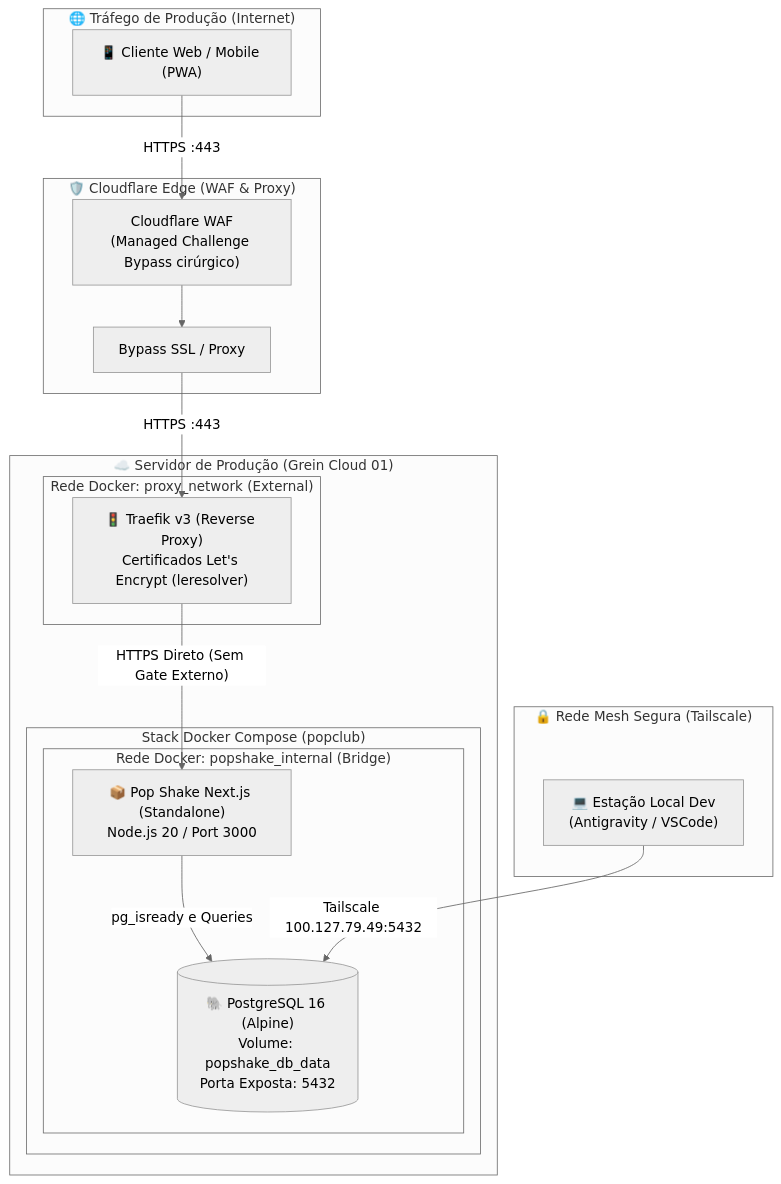
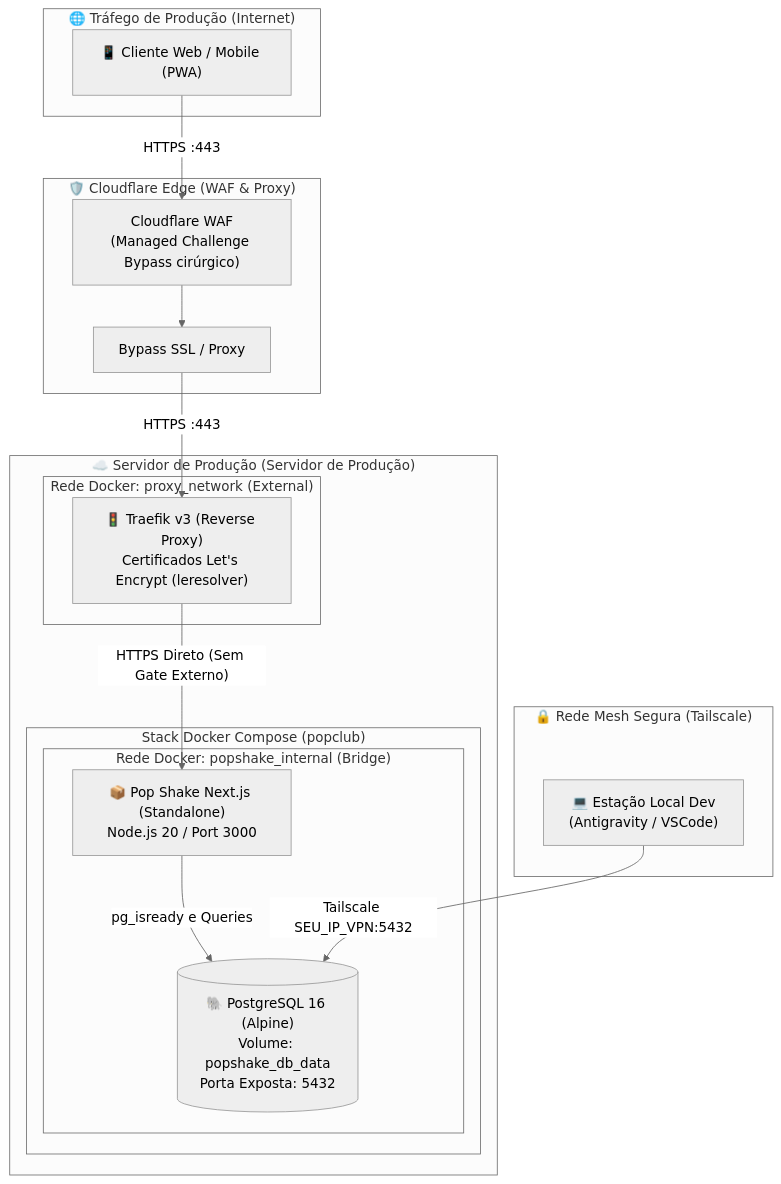
One commit to WiltonGabriel/PopClub changed the first of 4 diagrams in docs/ARCHITECTURE.md. Above: the diagram before and after it, drawn with Mermaid (neutral theme). The commit also changed other lines of this file and 57 other files, not shown here.

````diff
--- a/docs/ARCHITECTURE.md
+++ b/docs/ARCHITECTURE.md
@@ -14,40 +14,40 @@
 ```mermaid
 flowchart TD
     subgraph Internet ["🌐 Tráfego de Produção (Internet)"]
         User["📱 Cliente Web / Mobile (PWA)"]
     end
 
     subgraph CloudflareEdge ["🛡️ Cloudflare Edge (WAF & Proxy)"]
         CF_WAF["Cloudflare WAF\n(Managed Challenge Bypass cirúrgico)"]
         CF_SSL["Bypass SSL / Proxy"]
     end
 
-    subgraph Host ["☁️ Servidor de Produção (Grein Cloud 01)"]
+    subgraph Host ["☁️ Servidor de Produção (Servidor de Produção)"]
         subgraph ProxyNet ["Rede Docker: proxy_network (External)"]
             Traefik["🚦 Traefik v3 (Reverse Proxy)\nCertificados Let's Encrypt (leresolver)"]
         end
 
         subgraph PopshakeStack ["Stack Docker Compose (popclub)"]
             subgraph PopInternal ["Rede Docker: popshake_internal (Bridge)"]
                 App["📦 Pop Shake Next.js (Standalone)\nNode.js 20 / Port 3000"]
                 DB[("🐘 PostgreSQL 16 (Alpine)\nVolume: popshake_db_data\nPorta Exposta: 5432")]
             end
         end
     end
 
     subgraph TailscaleVPN ["🔒 Rede Mesh Segura (Tailscale)"]
         Dev["💻 Estação Local Dev\n(Antigravity / VSCode)"]
     end
 
     %% Conexões de Produção
     User -->|"HTTPS :443"| CF_WAF
     CF_WAF --> CF_SSL
     CF_SSL -->|"HTTPS :443"| Traefik
     Traefik -->|"HTTPS Direto (Sem Gate Externo)"| App
 
     %% Conexões Internas
     App -->|"pg_isready e Queries"| DB
 
     %% Conexão de Desenvolvimento via Tailscale
-    Dev -->|"Tailscale 100.127.79.49:5432"| DB
+    Dev -->|"Tailscale SEU_IP_VPN:5432"| DB
 ```
````
